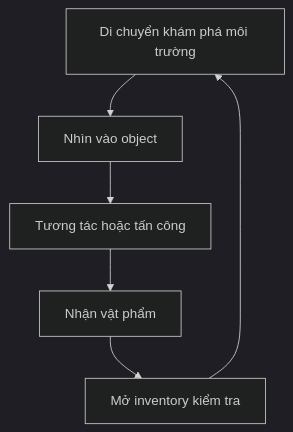
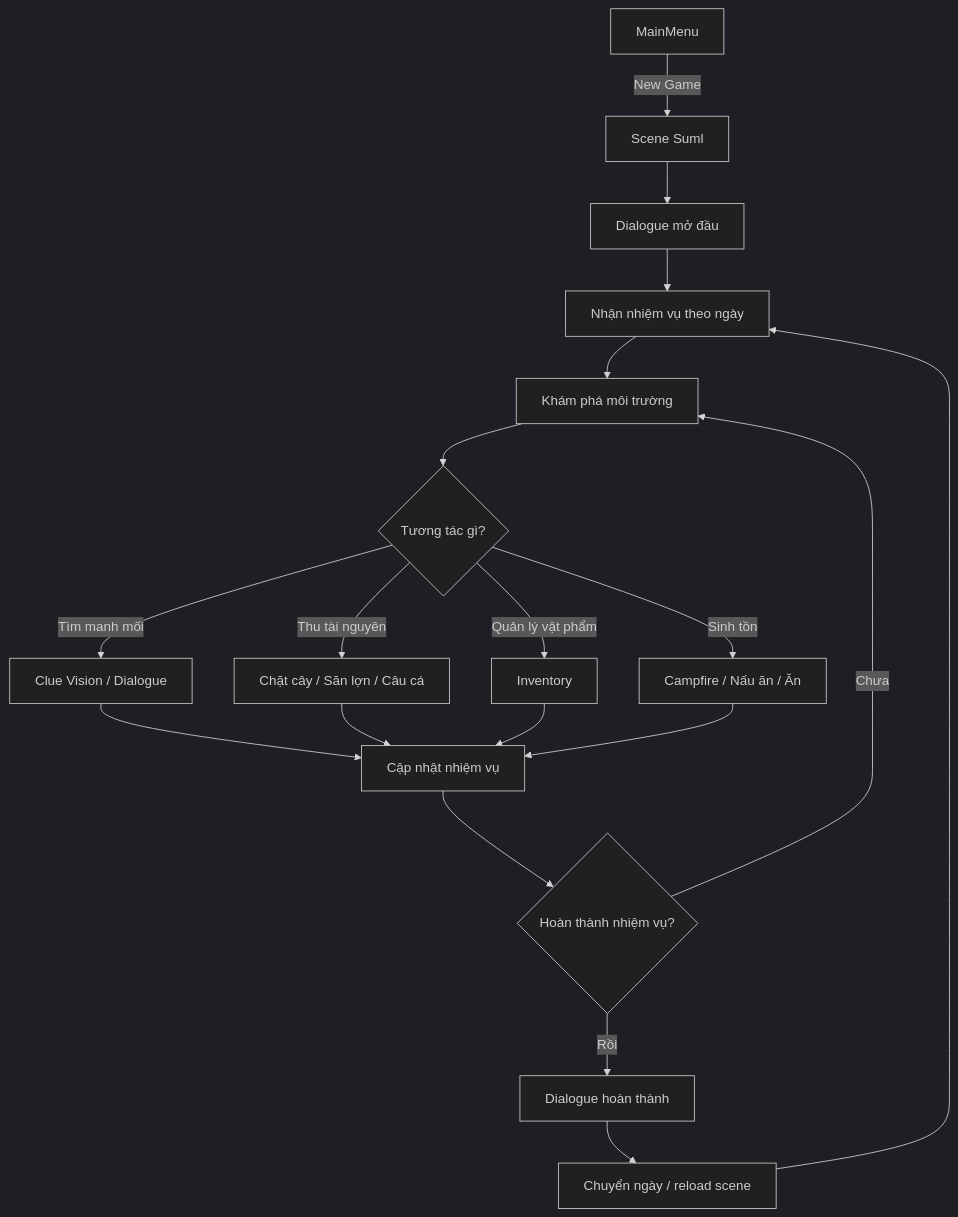
Before and after one commit to blacksantagirl1-a11y/helicopter: the first of 9 diagrams in BaoCaoDoAnGame_Draft.md, drawn with Mermaid (dark theme). The commit also changed other lines of this file and 46 other files, not shown here.

````diff
--- a/BaoCaoDoAnGame_Draft.md
+++ b/BaoCaoDoAnGame_Draft.md
@@ -429,8 +291,21 @@
 ```mermaid
 flowchart TD
-    A["Di chuyển khám phá môi trường"] --> B["Nhìn vào object"]
-    B --> C["Tương tác hoặc tấn công"]
-    C --> D["Nhận vật phẩm"]
-    D --> E["Mở inventory kiểm tra"]
-    E --> A
+    A["MainMenu"] -->|"New Game"| B["Scene Suml"]
+    B --> C["Dialogue mở đầu"]
+    C --> D["Nhận nhiệm vụ theo ngày"]
+    D --> E["Khám phá môi trường"]
+    E --> F{"Tương tác gì?"}
+    F -->|"Tìm manh mối"| G["Clue Vision / Dialogue"]
+    F -->|"Thu tài nguyên"| H["Chặt cây / Săn lợn / Câu cá"]
+    F -->|"Quản lý vật phẩm"| I["Inventory"]
+    F -->|"Sinh tồn"| J["Campfire / Nấu ăn / Ăn"]
+    G --> K["Cập nhật nhiệm vụ"]
+    H --> K
+    I --> K
+    J --> K
+    K --> L{"Hoàn thành nhiệm vụ?"}
+    L -->|"Chưa"| E
+    L -->|"Rồi"| M["Dialogue hoàn thành"]
+    M --> N["Chuyển ngày / reload scene"]
+    N --> D
 ```
````
